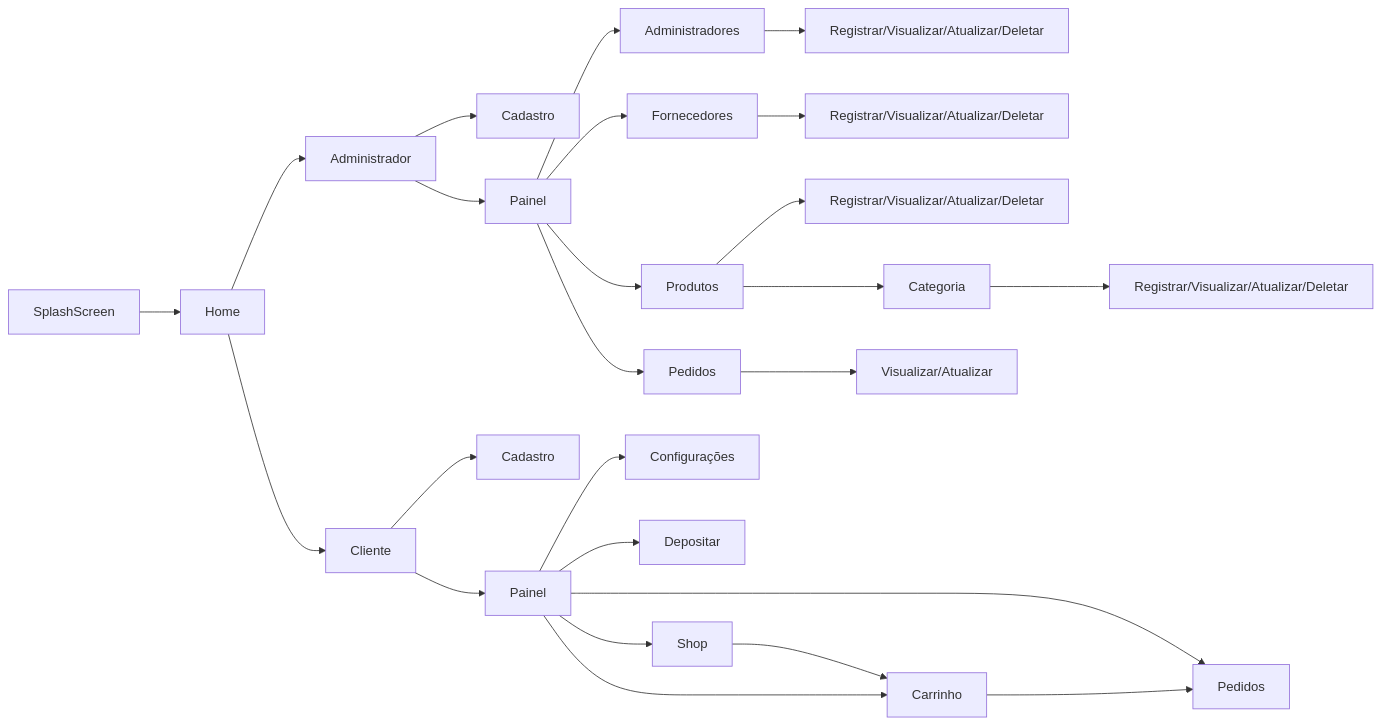
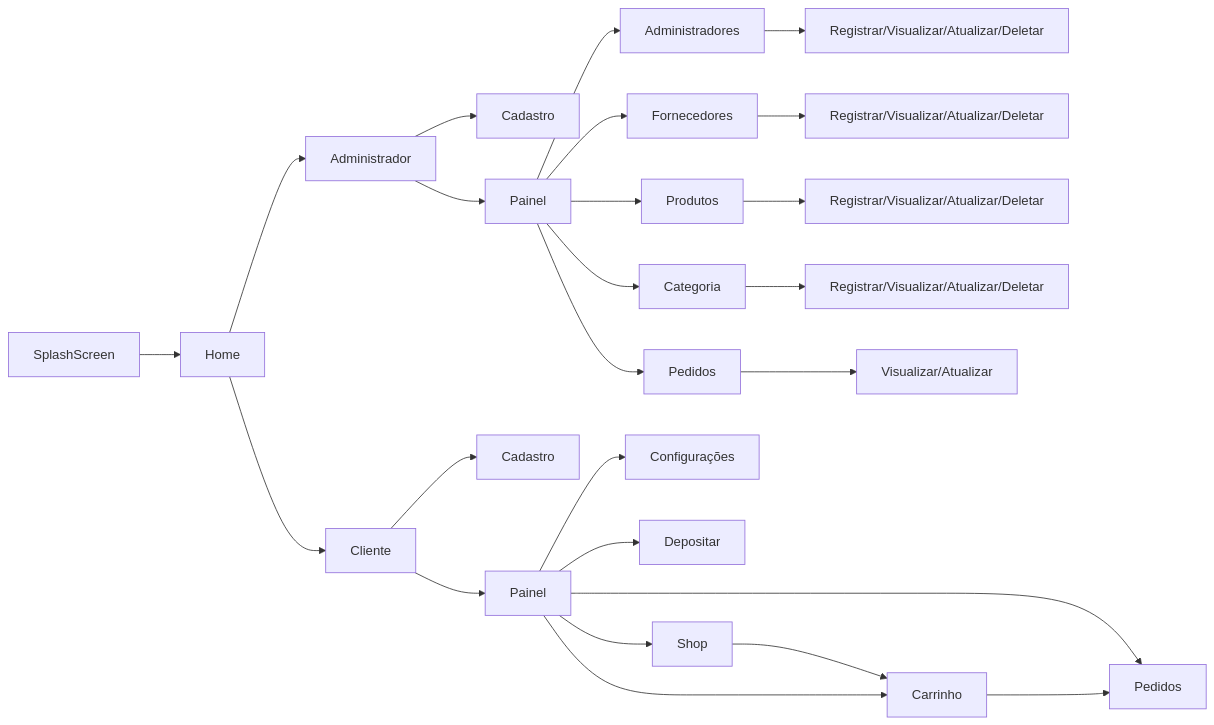
Before and after one commit to WhitePoodleMoth/TrendStyle: the diagram in Diagram/FLOWCHART.mermaid, drawn with Mermaid.

```diff
--- a/Diagram/FLOWCHART.mermaid
+++ b/Diagram/FLOWCHART.mermaid
@@ -1,37 +1,37 @@
 graph LR
     splash[SplashScreen] --> home[Home]
 
     home --> admin[Administrador]
     home --> client[Cliente]
     
     admin --> admin_register[Cadastro]
 
     admin --> admin_panel[Painel]
 
     admin_panel --> admin_admin[Administradores]
     admin_panel --> admin_vendor[Fornecedores]
     admin_panel --> admin_products[Produtos]
+    admin_panel --> admin_category[Categoria]
     admin_panel --> admin_order[Pedidos]
     
     admin_admin --> admin_admin_manage[Registrar/Visualizar/Atualizar/Deletar]
     
     admin_vendor --> admin_vendor_manage[Registrar/Visualizar/Atualizar/Deletar]
 
     admin_products --> admin_products_manage[Registrar/Visualizar/Atualizar/Deletar]
     
-    admin_products --> admin_category[Categoria]
     admin_category --> admin_category_manage[Registrar/Visualizar/Atualizar/Deletar]
 
     admin_order --> admin_order_manage[Visualizar/Atualizar]
     
     client --> client_register[Cadastro]
 
     client --> client_menu[Painel]
 
     client_menu --> client_config[Configurações]
     client_menu --> client_deposit[Depositar]
     client_menu --> client_shop[Shop]
     client_shop --> client_cart[Carrinho]
     client_menu --> client_cart
     client_menu --> client_order[Pedidos]
     client_cart --> client_order
```
